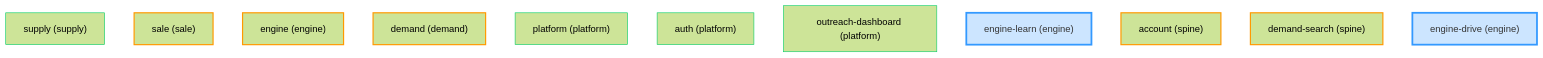
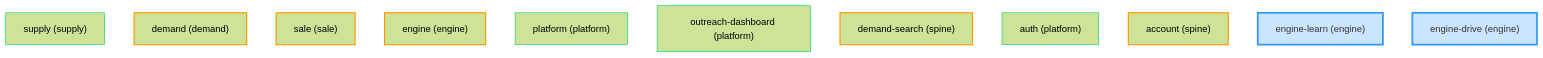
One commit to hozantaher/antigravity changed the diagram in docs/reference/topology-map.md. Above: the diagram before and after it, drawn with Mermaid (forest theme). The commit also changed other lines of this file and 20 other files, not shown here.

````diff
--- a/docs/reference/topology-map.md
+++ b/docs/reference/topology-map.md
@@ -7,25 +7,25 @@
 ```mermaid
 graph TD
   supply["supply (supply)"]
   style supply stroke:#00cc66,stroke-width:1px
+  demand["demand (demand)"]
+  style demand stroke:#ff9900,stroke-width:2px
   sale["sale (sale)"]
   style sale stroke:#ff9900,stroke-width:2px
   engine["engine (engine)"]
   style engine stroke:#ff9900,stroke-width:2px
-  demand["demand (demand)"]
-  style demand stroke:#ff9900,stroke-width:2px
   platform["platform (platform)"]
   style platform stroke:#00cc66,stroke-width:1px
+  outreach-dashboard["outreach-dashboard (platform)"]
+  style outreach-dashboard stroke:#00cc66,stroke-width:1px
+  demand-search["demand-search (spine)"]
+  style demand-search stroke:#ff9900,stroke-width:2px
   auth["auth (platform)"]
   style auth stroke:#00cc66,stroke-width:1px
-  outreach-dashboard["outreach-dashboard (platform)"]
-  style outreach-dashboard stroke:#00cc66,stroke-width:1px
+  account["account (spine)"]
+  style account stroke:#ff9900,stroke-width:2px
   engine-learn["engine-learn (engine)"]
   style engine-learn stroke:#3399ff,stroke-width:3px,fill:#cce5ff,color:#333
-  account["account (spine)"]
-  style account stroke:#ff9900,stroke-width:2px
-  demand-search["demand-search (spine)"]
-  style demand-search stroke:#ff9900,stroke-width:2px
   engine-drive["engine-drive (engine)"]
   style engine-drive stroke:#3399ff,stroke-width:3px,fill:#cce5ff,color:#333
 ```
````
